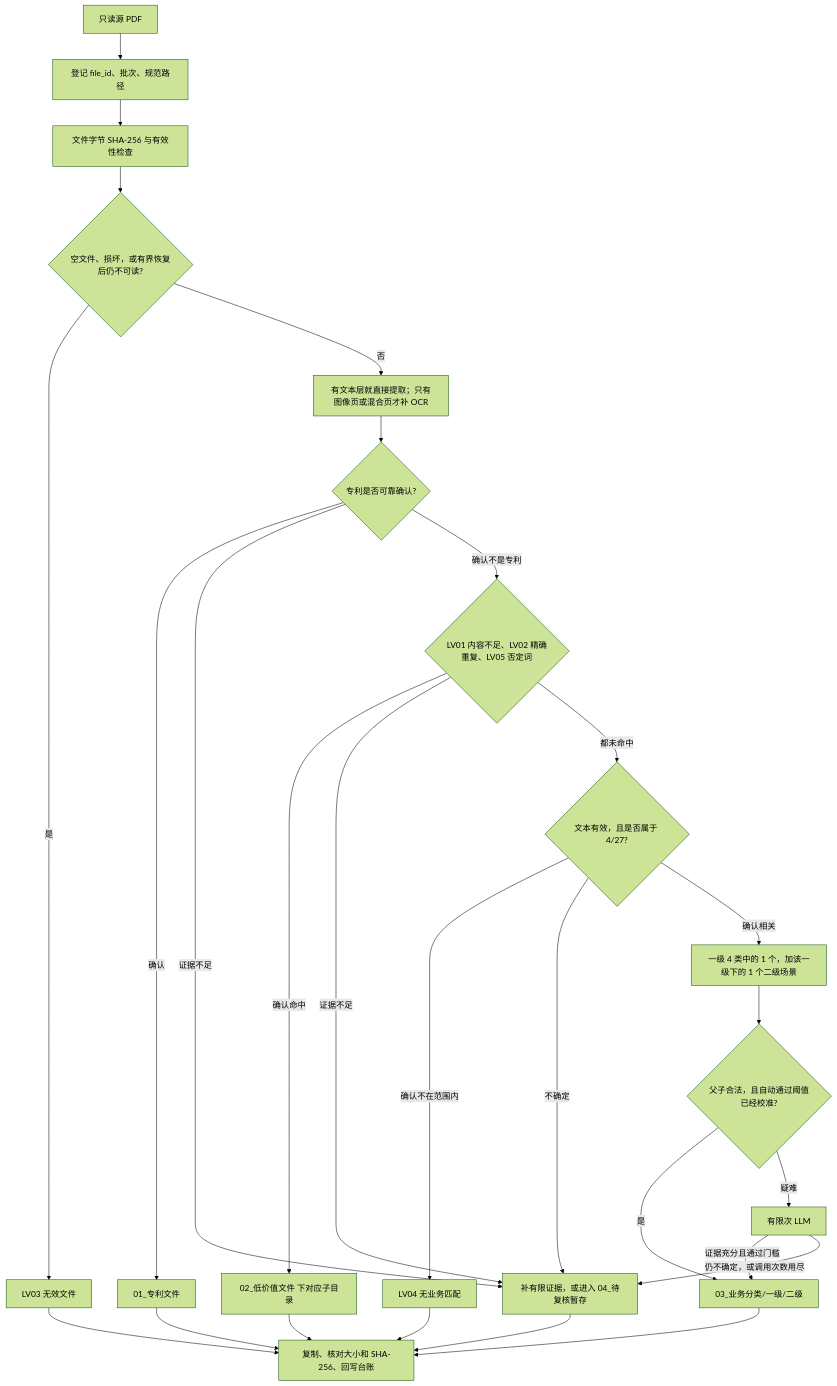
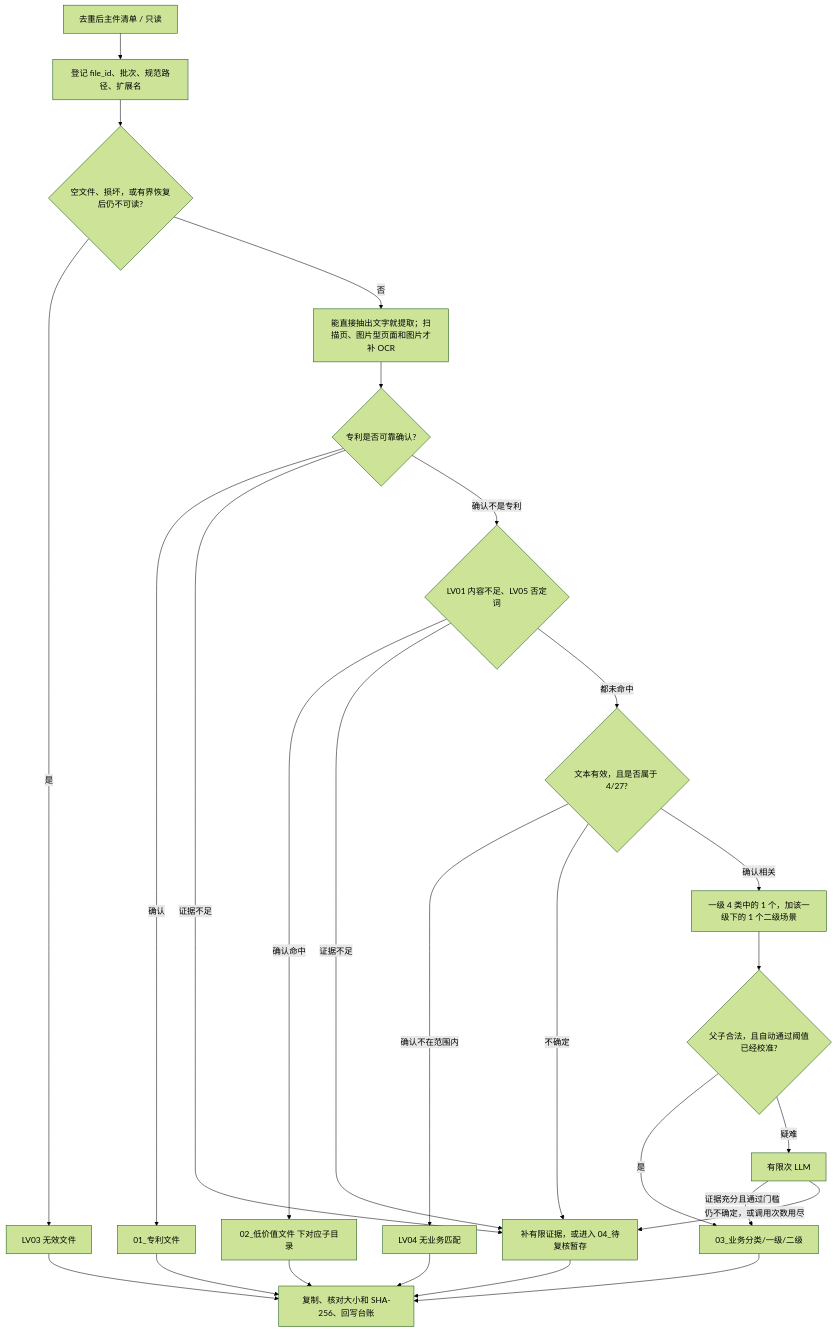
Before and after one commit to The-sky1234/pdf-classification-9m: the second of 4 diagrams in docs/阶段一_系统总体架构模块与接口详细设计_V3.md, drawn with Mermaid (forest theme). The commit also changed other lines of this file and 62 other files, not shown here.

````diff
--- a/docs/阶段一_系统总体架构模块与接口详细设计_V3.md
+++ b/docs/阶段一_系统总体架构模块与接口详细设计_V3.md
@@ -97,29 +93,28 @@
 ```mermaid
 flowchart TD
-    A[只读源 PDF] --> B[登记 file_id、批次、规范路径]
-    B --> C[文件字节 SHA-256 与有效性检查]
-    C --> D{空文件、损坏，或有界恢复后仍不可读?}
+    A[去重后主件清单 / 只读] --> B[登记 file_id、批次、规范路径、扩展名]
+    B --> D{空文件、损坏，或有界恢复后仍不可读?}
     D -->|是| LV3[LV03 无效文件]
-    D -->|否| E[有文本层就直接提取；只有图像页或混合页才补 OCR]
+    D -->|否| E[能直接抽出文字就提取；扫描页、图片型页面和图片才补 OCR]
     E --> P{专利是否可靠确认?}
     P -->|确认| PA[01_专利文件]
     P -->|证据不足| RV[补有限证据，或进入 04_待复核暂存]
-    P -->|确认不是专利| L{LV01 内容不足、LV02 精确重复、LV05 否定词}
+    P -->|确认不是专利| L{LV01 内容不足、LV05 否定词}
     L -->|确认命中| LA[02_低价值文件 下对应子目录]
     L -->|证据不足| RV
     L -->|都未命中| R{文本有效，且是否属于 4/27?}
     R -->|确认不在范围内| LV4[LV04 无业务匹配]
     R -->|不确定| RV
     R -->|确认相关| K[一级 4 类中的 1 个，加该一级下的 1 个二级场景]
     K --> S{父子合法，且自动通过阈值已经校准?}
     S -->|是| BA[03_业务分类/一级/二级]
     S -->|疑难| AI[有限次 LLM]
     AI -->|证据充分且通过门槛| BA
     AI -->|仍不确定，或调用次数用尽| RV
     PA --> ARC[复制、核对大小和 SHA-256、回写台账]
     LA --> ARC
     LV3 --> ARC
     LV4 --> ARC
     BA --> ARC
     RV --> ARC
 ```
````
